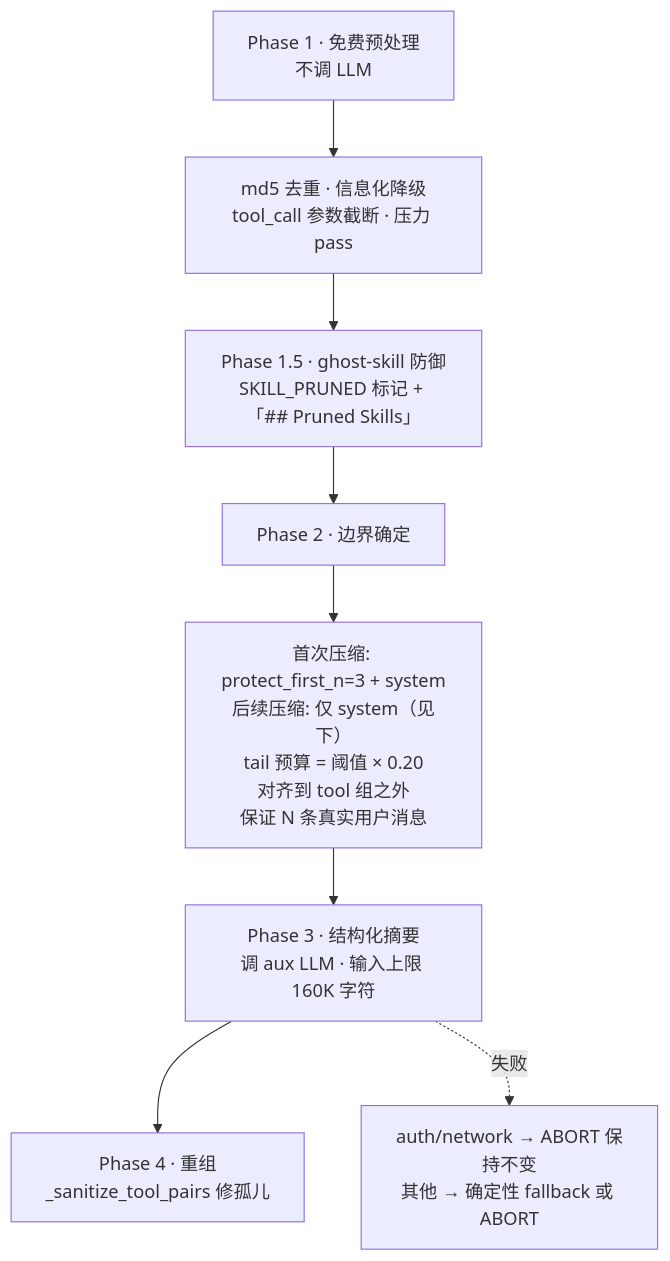
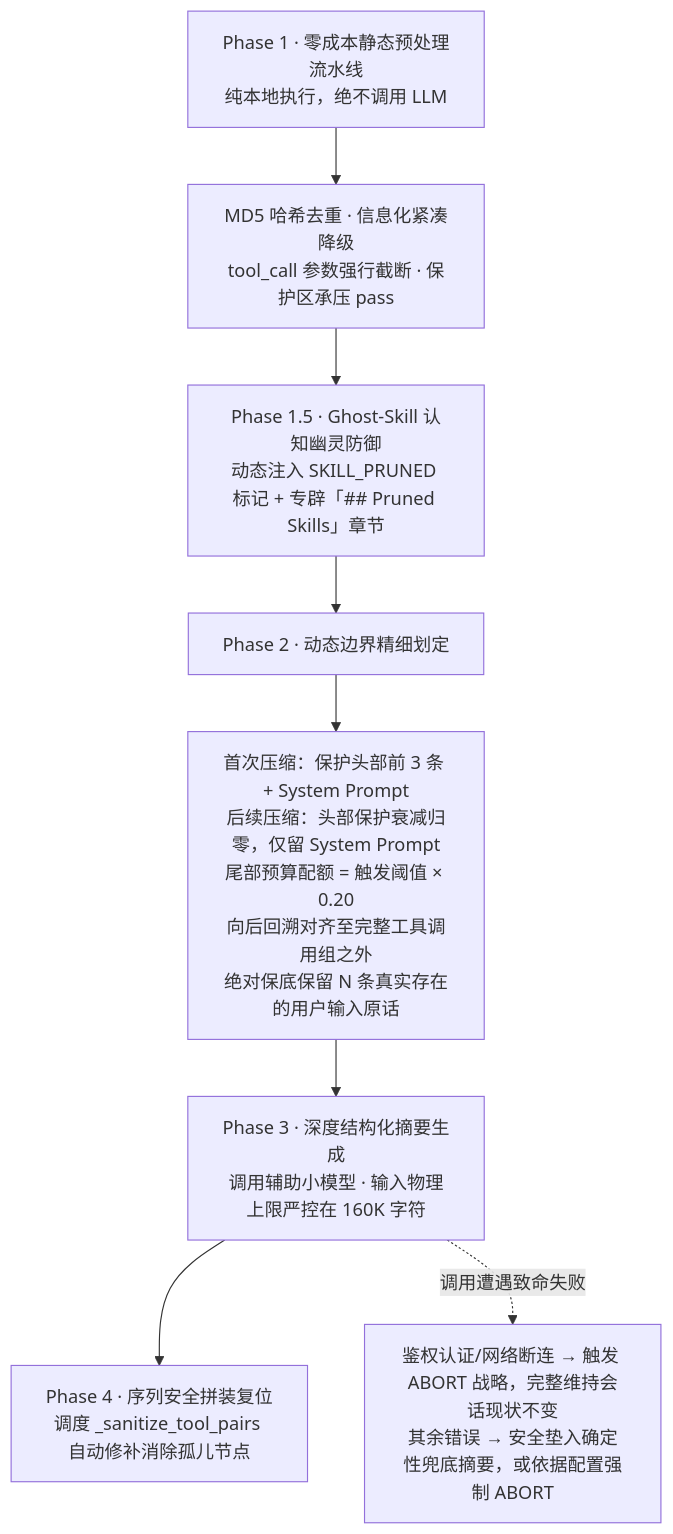
One commit to caiboyang/ML-learning changed the tenth of 19 diagrams in agent-context-compression/Agent_Context_Compression_Research.md. Above: the diagram before and after it, drawn with Mermaid. The commit also changed other lines of this file and 4 other files, not shown here.

````diff
--- a/agent-context-compression/Agent_Context_Compression_Research.md
+++ b/agent-context-compression/Agent_Context_Compression_Research.md
@@ -895,10 +897,10 @@
 ```mermaid
 flowchart TD
-    P1["Phase 1 · 免费预处理<br/>不调 LLM"] --> P1a["md5 去重 · 信息化降级<br/>tool_call 参数截断 · 压力 pass"]
-    P1a --> P15["Phase 1.5 · ghost-skill 防御<br/>SKILL_PRUNED 标记 + 「## Pruned Skills」"]
-    P15 --> P2["Phase 2 · 边界确定"]
-    P2 --> P2a["首次压缩: protect_first_n=3 + system<br/>后续压缩: 仅 system（见下）<br/>tail 预算 = 阈值 × 0.20<br/>对齐到 tool 组之外<br/>保证 N 条真实用户消息"]
-    P2a --> P3["Phase 3 · 结构化摘要<br/>调 aux LLM · 输入上限 160K 字符"]
-    P3 --> P4["Phase 4 · 重组<br/>_sanitize_tool_pairs 修孤儿"]
-    P3 -.->|"失败"| FB["auth/network → ABORT 保持不变<br/>其他 → 确定性 fallback 或 ABORT"]
+    P1["Phase 1 · 零成本静态预处理流水线<br/>纯本地执行，绝不调用 LLM"] --> P1a["MD5 哈希去重 · 信息化紧凑降级<br/>tool_call 参数强行截断 · 保护区承压 pass"]
+    P1a --> P15["Phase 1.5 · Ghost-Skill 认知幽灵防御<br/>动态注入 SKILL_PRUNED 标记 + 专辟「## Pruned Skills」章节"]
+    P15 --> P2["Phase 2 · 动态边界精细划定"]
+    P2 --> P2a["首次压缩：保护头部前 3 条 + System Prompt<br/>后续压缩：头部保护衰减归零，仅留 System Prompt<br/>尾部预算配额 = 触发阈值 × 0.20<br/>向后回溯对齐至完整工具调用组之外<br/>绝对保底保留 N 条真实存在的用户输入原话"]
+    P2a --> P3["Phase 3 · 深度结构化摘要生成<br/>调用辅助小模型 · 输入物理上限严控在 160K 字符"]
+    P3 --> P4["Phase 4 · 序列安全拼装复位<br/>调度 _sanitize_tool_pairs 自动修补消除孤儿节点"]
+    P3 -.->|"调用遭遇致命失败"| FB["鉴权认证/网络断连 → 触发 ABORT 战略，完整维持会话现状不变<br/>其余错误 → 安全垫入确定性兜底摘要，或依据配置强制 ABORT"]
 ```
````
